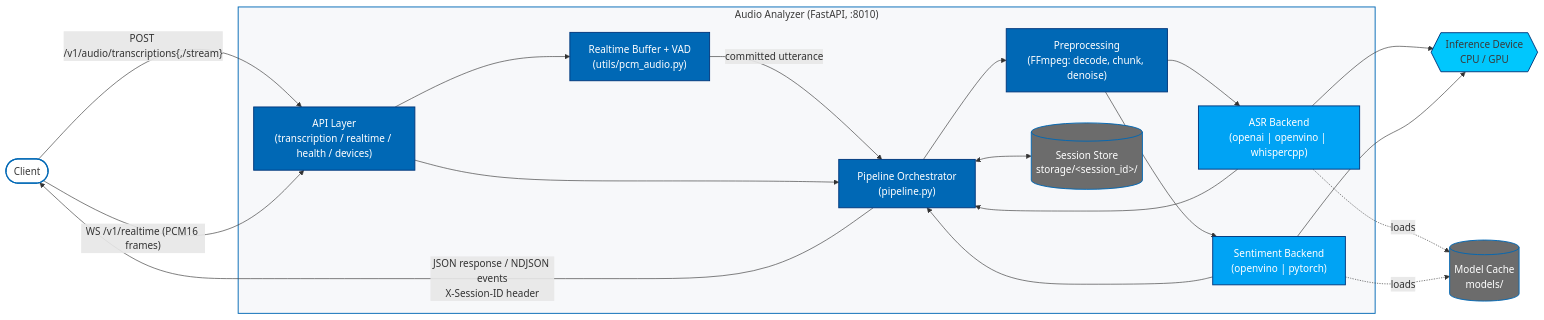
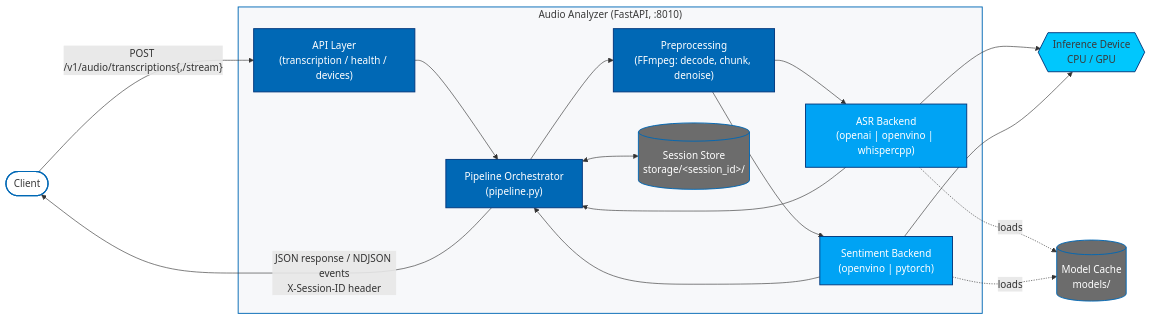
The diagram in microservices/audio-analyzer/docs/user-guide/how-it-works.md (Supriya-Krishnamurthi/edge-ai-libraries), drawn with Mermaid before and after one commit. The commit also changed other lines of this file and 569 other files, not shown here.

````diff
--- a/microservices/audio-analyzer/docs/user-guide/how-it-works.md
+++ b/microservices/audio-analyzer/docs/user-guide/how-it-works.md
@@ -17,68 +14,64 @@
 ```mermaid
 %%{init: {
   'theme': 'base',
   'themeVariables': {
     'fontFamily': '"IntelOne Display", "Intel Clear", "Inter", "Segoe UI", Arial, sans-serif',
     'fontSize': '14px',
     'primaryColor': '#0068B5',
     'primaryTextColor': '#FFFFFF',
     'primaryBorderColor': '#00377C',
     'lineColor': '#00377C',
     'secondaryColor': '#EEF3F8',
     'tertiaryColor': '#F7F8FA',
     'background': '#FFFFFF',
     'mainBkg': '#FFFFFF',
     'clusterBkg': '#F7F8FA',
     'clusterBorder': '#0068B5',
     'edgeLabelBackground': '#FFFFFF',
     'noteBkgColor': '#F7F8FA',
     'noteTextColor': '#3A3A3A'
   }
 }}%%
 flowchart LR
     Client([Client])
 
     subgraph Service["Audio Analyzer (FastAPI, :8010)"]
-        API["API Layer<br/>(transcription / realtime / health / devices)"]
+        API["API Layer<br/>(transcription / health / devices)"]
         Pipeline["Pipeline Orchestrator<br/>(pipeline.py)"]
-        VAD["Realtime Buffer + VAD<br/>(utils/pcm_audio.py)"]
         Pre["Preprocessing<br/>(FFmpeg: decode, chunk, denoise)"]
         ASR["ASR Backend<br/>(openai | openvino | whispercpp)"]
         Sent["Sentiment Backend<br/>(openvino | pytorch)"]
         Session[("Session Store<br/>storage/&lt;session_id&gt;/")]
     end
 
     Models[("Model Cache<br/>models/")]
     Device{{"Inference Device<br/>CPU / GPU"}}
 
     Client -- "POST /v1/audio/transcriptions{,/stream}" --> API
-    Client -- "WS /v1/realtime (PCM16 frames)" --> API
-    API --> VAD
-    VAD -- "committed utterance" --> Pipeline
     API --> Pipeline
     Pipeline --> Pre
     Pre --> ASR
     Pre --> Sent
     ASR --> Device
     Sent --> Device
     ASR --> Pipeline
     Sent --> Pipeline
     Pipeline <--> Session
     ASR -. loads .-> Models
     Sent -. loads .-> Models
     Pipeline -- "JSON response / NDJSON events<br/>X-Session-ID header" --> Client
 
     classDef client fill:#FFFFFF,stroke:#0068B5,stroke-width:2px,color:#3A3A3A;
     classDef core fill:#0068B5,stroke:#00377C,stroke-width:1.5px,color:#FFFFFF;
     classDef backend fill:#00A3F4,stroke:#00377C,stroke-width:1.5px,color:#FFFFFF;
     classDef store fill:#6C6C6C,stroke:#0068B5,stroke-width:1.5px,color:#FFFFFF;
     classDef device fill:#00C7FD,stroke:#00377C,stroke-width:1.5px,color:#3A3A3A;
 
     class Client client;
-    class API,Pipeline,Pre,VAD core;
+    class API,Pipeline,Pre core;
     class ASR,Sent backend;
     class Session,Models store;
     class Device device;
 
     style Service fill:#F7F8FA,stroke:#0068B5,stroke-width:1.5px,color:#3A3A3A;
 ```
````
